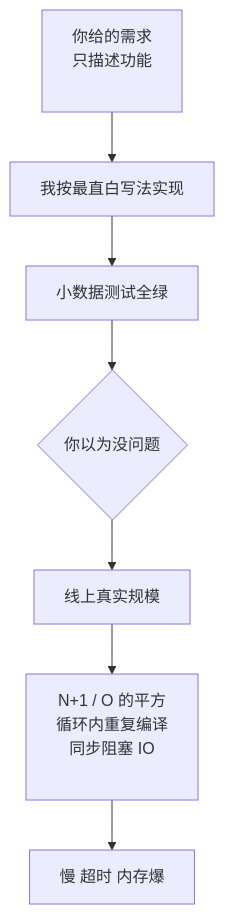
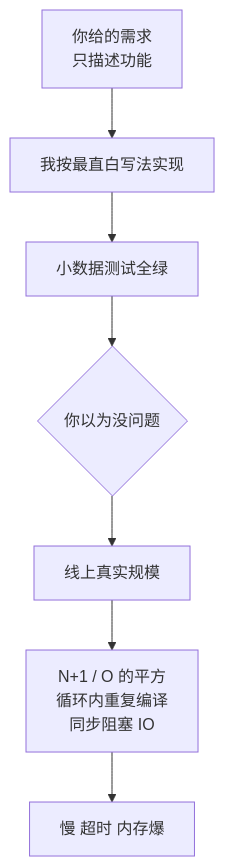
The diagram in docs/04-detailed-design/performance-antipatterns.mdx (XuebinMa/AIWiki), drawn with Mermaid before and after one commit. The commit also changed 99 other files, not shown here.

First line of the commit message:
fix(mermaid): 全局根治节点文字裁切（htmlLabels:false + 清理 br/nbsp 占位）(#26)

````diff
--- a/docs/04-detailed-design/performance-antipatterns.mdx
+++ b/docs/04-detailed-design/performance-antipatterns.mdx
@@ -50,9 +50,9 @@
 ```mermaid
 flowchart TD
-    A[你给的需求<br/>只描述功能<br/>&nbsp;] --> B[我按最直白写法实现]
+    A[你给的需求<br/>只描述功能] --> B[我按最直白写法实现]
     B --> C[小数据测试全绿]
     C --> D{你以为没问题}
     D --> E[线上真实规模]
-    E --> F[N+1 / O 的平方<br/>循环内重复编译<br/>同步阻塞 IO<br/>&nbsp;]
+    E --> F[N+1 / O 的平方<br/>循环内重复编译<br/>同步阻塞 IO]
     F --> G[慢 超时 内存爆]
 ```
````
